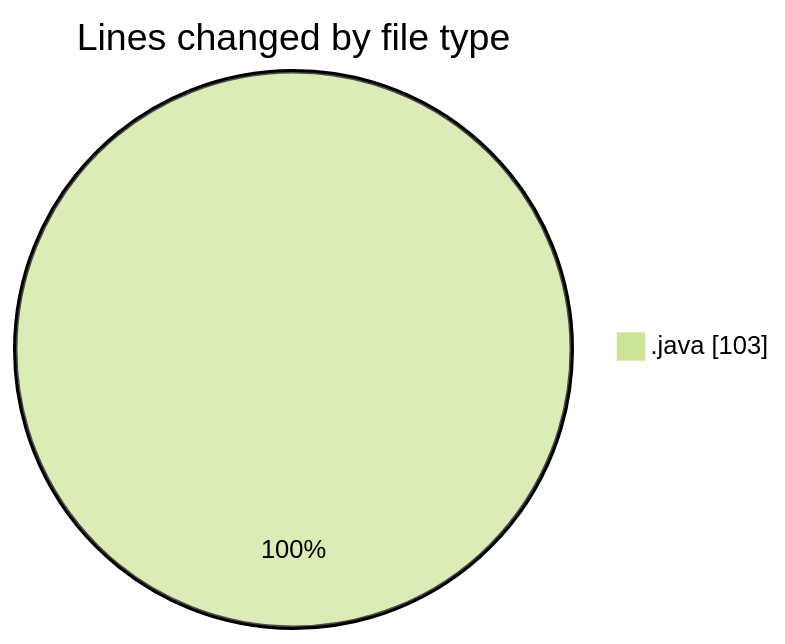
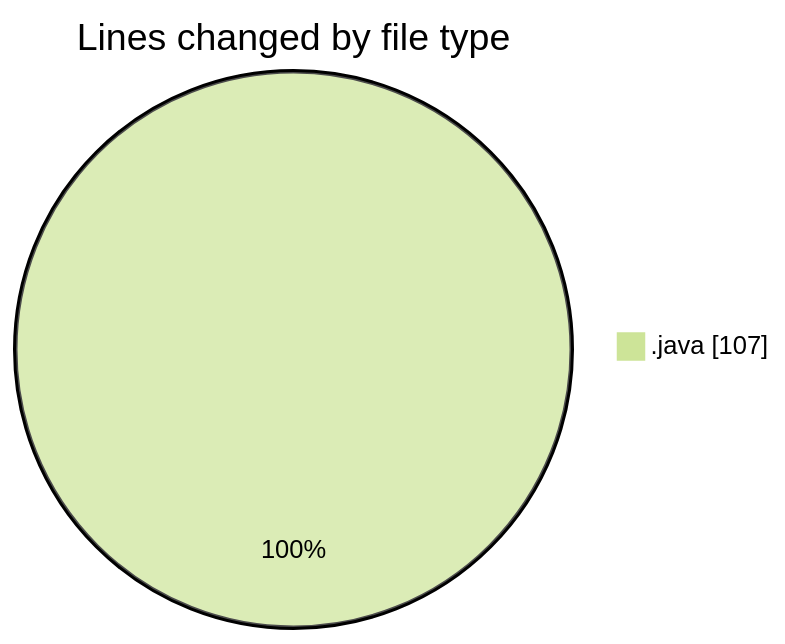
One commit to NitaiMahat/code-tracking changed the first of 2 diagrams in 2025-02-20/coding_prac_6/README.md. Above: the diagram before and after it, drawn with Mermaid (forest theme). The commit also changed other lines of this file and 1 other file, not shown here.

````diff
--- a/2025-02-20/coding_prac_6/README.md
+++ b/2025-02-20/coding_prac_6/README.md
@@ -23,5 +24,5 @@
 ```mermaid
 pie showData
 title Lines changed by file type
-".java" : 103
+".java" : 107
 ```
````
